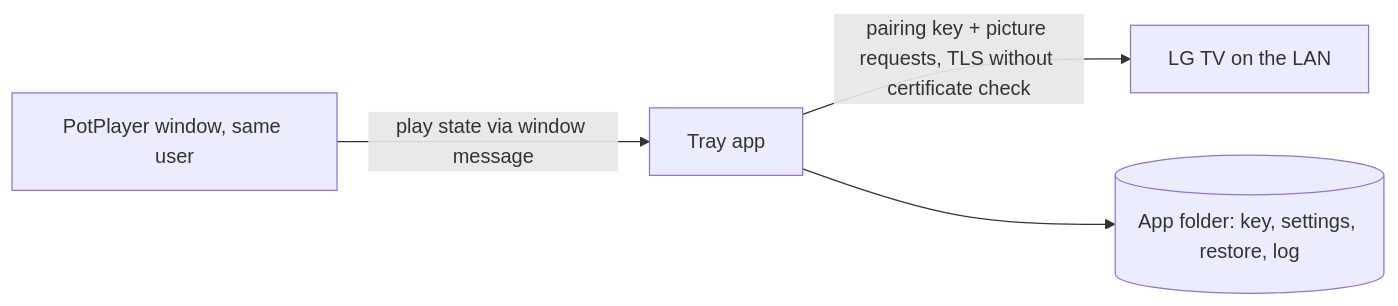
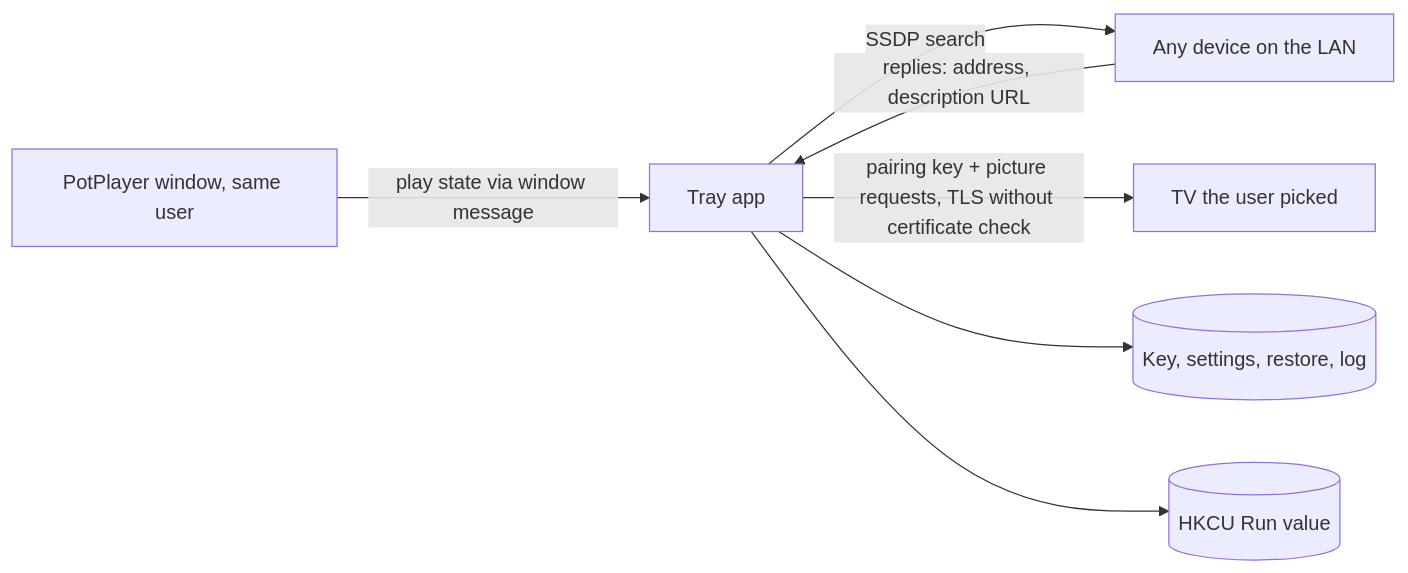
The diagram in docs/security/threat-model.md (roko-tech/potplayer-tv-brightness), drawn with Mermaid before and after one commit. The commit also changed other lines of this file and 24 other files, not shown here.

````diff
--- a/docs/security/threat-model.md
+++ b/docs/security/threat-model.md
@@ -35,6 +37,9 @@
 ```mermaid
 flowchart LR
     PotPlayer[PotPlayer window, same user] -->|play state via window message| App[Tray app]
-    App -->|pairing key + picture requests, TLS without certificate check| TV[LG TV on the LAN]
-    App --> Files[(App folder: key, settings, restore, log)]
+    App -->|SSDP search| LAN[Any device on the LAN]
+    LAN -->|replies: address, description URL| App
+    App -->|pairing key + picture requests, TLS without certificate check| TV[TV the user picked]
+    App --> Files[(Key, settings, restore, log)]
+    App --> Run[(HKCU Run value)]
 ```
````
